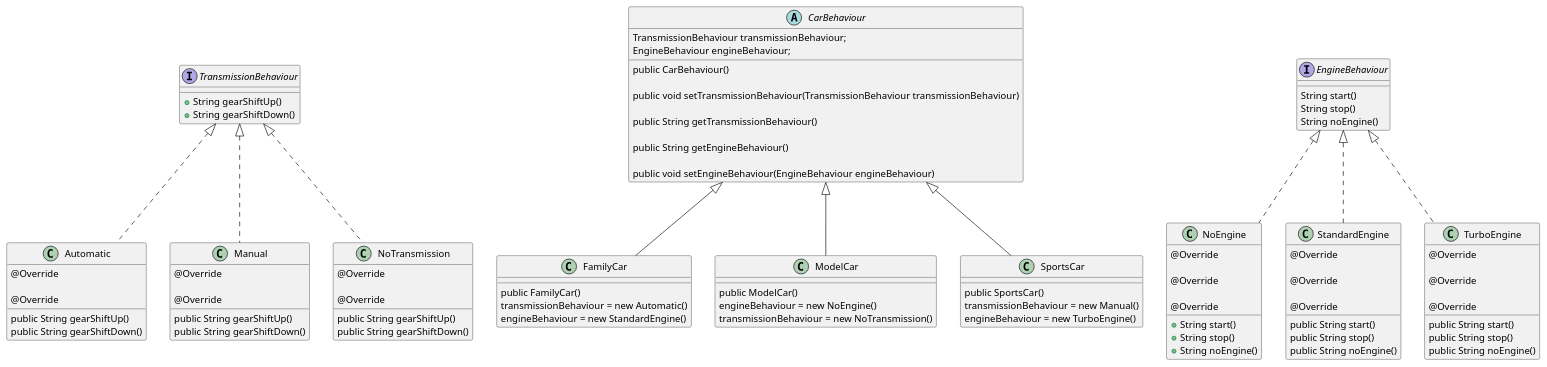
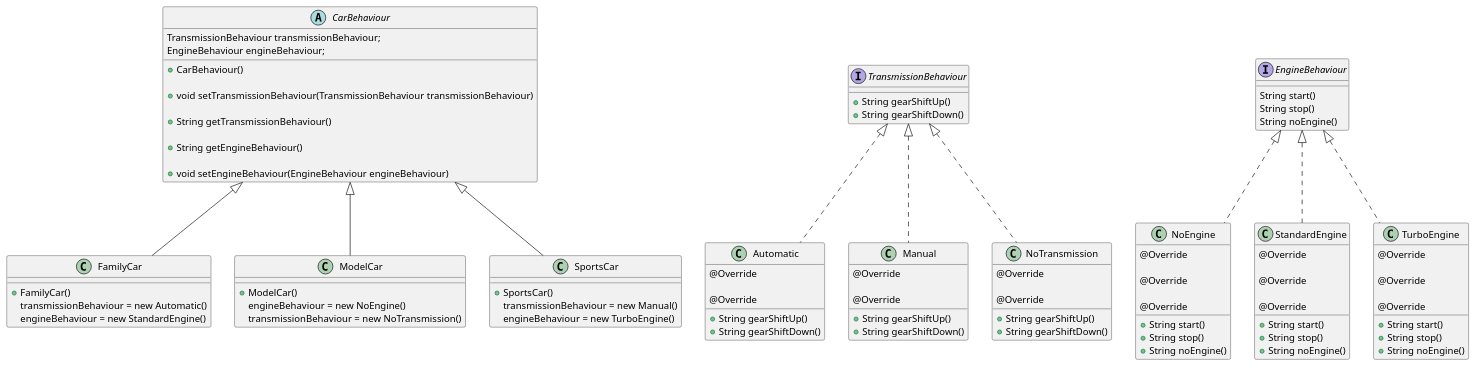
The diagram in plantUML/strategy.puml (43Carrig/Design_Patterns_Car), drawn with PlantUML before and after one commit. The commit also changed 8 other files, not shown here.

```diff
--- a/plantUML/strategy.puml
+++ b/plantUML/strategy.puml
@@ -1,112 +1,114 @@
 @startuml
-
-class Automatic implements TransmissionBehaviour {
-
-    @Override
-    public String gearShiftUp()
-
-    @Override
-    public String gearShiftDown()
-}
 
 abstract class CarBehaviour {
 
     TransmissionBehaviour transmissionBehaviour;
     EngineBehaviour engineBehaviour;
 
-    public CarBehaviour()
+    + CarBehaviour()
 
-    public void setTransmissionBehaviour(TransmissionBehaviour transmissionBehaviour)
+    + void setTransmissionBehaviour(TransmissionBehaviour transmissionBehaviour)
 
-    public String getTransmissionBehaviour()
+    + String getTransmissionBehaviour()
 
-    public String getEngineBehaviour()
+    + String getEngineBehaviour()
 
-    public void setEngineBehaviour(EngineBehaviour engineBehaviour)
+    + void setEngineBehaviour(EngineBehaviour engineBehaviour)
+}
+
+class FamilyCar extends CarBehaviour {
+
+    + FamilyCar()
+        transmissionBehaviour = new Automatic()
+        engineBehaviour = new StandardEngine()
+
+}
+
+class ModelCar extends CarBehaviour {
+
+    + ModelCar()
+        engineBehaviour = new NoEngine()
+        transmissionBehaviour = new NoTransmission()
+}
+
+class SportsCar extends CarBehaviour {
+
+    + SportsCar()
+        transmissionBehaviour = new Manual()
+        engineBehaviour = new TurboEngine()
+}
+
+class Automatic implements TransmissionBehaviour {
+
+    @Override
+    + String gearShiftUp()
+
+    @Override
+    + String gearShiftDown()
 }
 
 interface EngineBehaviour {
     String start()
     String stop()
     String noEngine()
 }
 
-class FamilyCar extends CarBehaviour {
+class Manual implements TransmissionBehaviour {
+    @Override
+    + String gearShiftUp()
 
-    public FamilyCar()
-        transmissionBehaviour = new Automatic()
-        engineBehaviour = new StandardEngine()
-
+    @Override
+    + String gearShiftDown()
 }
 
-class Manual implements TransmissionBehaviour {
-    @Override
-    public String gearShiftUp()
 
-    @Override
-    public String gearShiftDown()
-}
-
-class ModelCar extends CarBehaviour {
-
-    public ModelCar()
-        engineBehaviour = new NoEngine()
-        transmissionBehaviour = new NoTransmission()
-}
 
 class NoEngine implements EngineBehaviour {
     @Override
     + String start()
 
     @Override
     + String stop()
 
     @Override
     + String noEngine()
 }
 
 class NoTransmission implements TransmissionBehaviour{
     @Override
-    public String gearShiftUp()
+    + String gearShiftUp()
 
     @Override
-    public String gearShiftDown()
-}
-
-class SportsCar extends CarBehaviour {
-
-    public SportsCar()
-        transmissionBehaviour = new Manual()
-        engineBehaviour = new TurboEngine()
+    + String gearShiftDown()
 }
 
 class StandardEngine implements EngineBehaviour {
 
     @Override
-    public String start()
+    + String start()
 
     @Override
-    public String stop()
+    + String stop()
 
     @Override
-    public String noEngine()
+    + String noEngine()
 }
 
 interface TransmissionBehaviour {
     + String gearShiftUp()
     + String gearShiftDown()
 }
 
 class TurboEngine implements EngineBehaviour {
 
     @Override
-    public String start()
+    + String start()
 
     @Override
-    public String stop()
+    + String stop()
 
     @Override
-    public String noEngine()
+    + String noEngine()
 }
 
 @enduml
```
